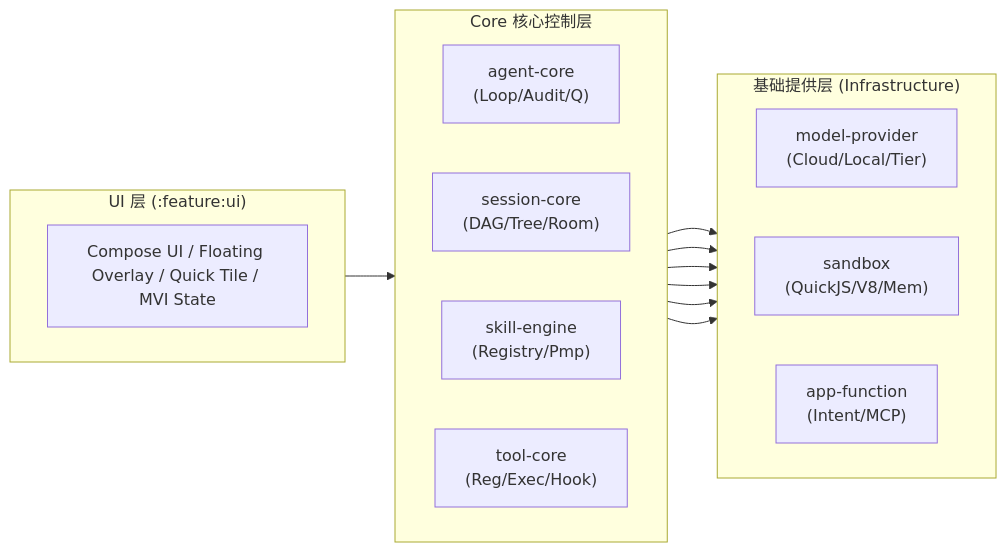
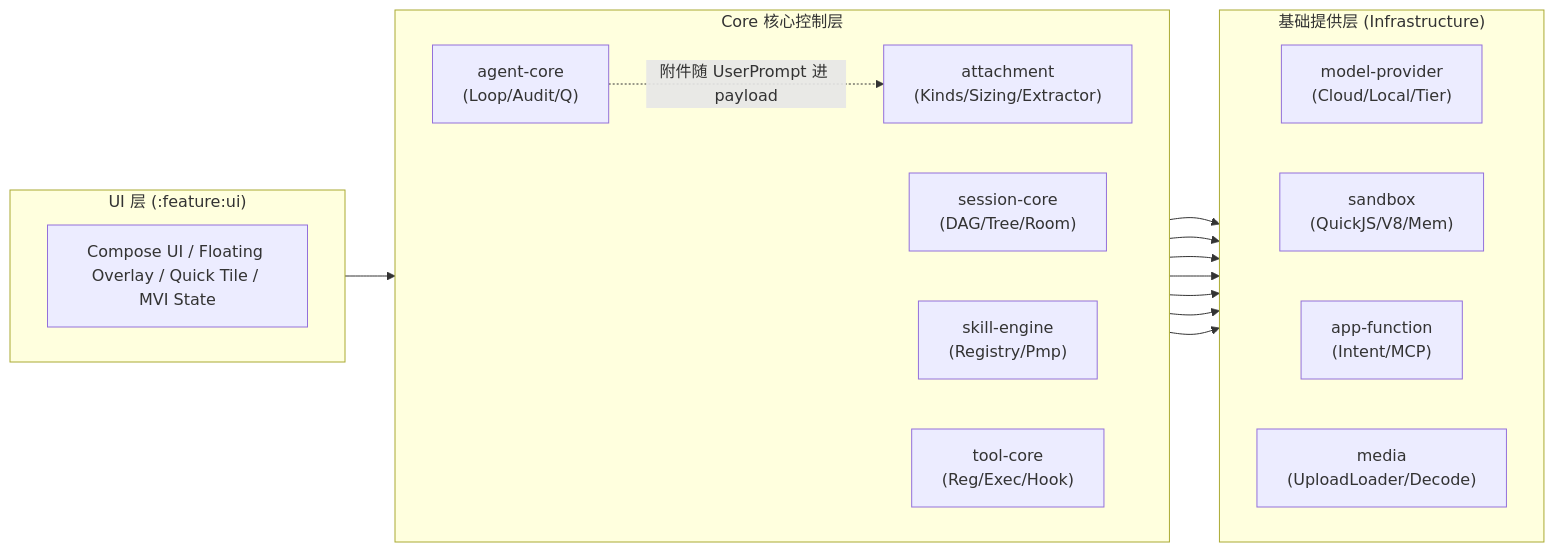
The diagram in docs/PlaningStages/architecture.md (facean2020/SimplyWork), drawn with Mermaid before and after one commit. The commit also changed other lines of this file and 28 other files, not shown here.

First line of the commit message:
feat: attachment pipeline — image/document upload, blob store, request parts (v1.8/v1.9)

````diff
--- a/docs/PlaningStages/architecture.md
+++ b/docs/PlaningStages/architecture.md
@@ -3,30 +3,34 @@
 ```mermaid
 graph LR
     subgraph UI["UI 层 (:feature:ui)"]
         direction LR
         UI1["Compose UI / Floating Overlay / Quick Tile / MVI State"]
     end
 
     subgraph Core["Core 核心控制层"]
         direction LR
         AC["agent-core<br/>(Loop/Audit/Q)"]
         SC["session-core<br/>(DAG/Tree/Room)"]
         SE["skill-engine<br/>(Registry/Pmp)"]
         TC["tool-core<br/>(Reg/Exec/Hook)"]
+        AT["attachment<br/>(Kinds/Sizing/Extractor)"]
     end
 
     subgraph Infra["基础提供层 (Infrastructure)"]
         direction LR
         MP["model-provider<br/>(Cloud/Local/Tier)"]
         SB["sandbox<br/>(QuickJS/V8/Mem)"]
         AF["app-function<br/>(Intent/MCP)"]
+        MD["media<br/>(UploadLoader/Decode)"]
     end
 
     UI --> Core
     Core --> Infra
     AC --> MP
     SC --> SB
     SE --> AF
     TC --> SB
     TC --> AF
+    AT --> MD
+    AC -.->|"附件随 UserPrompt 进 payload"| AT
 ```
````
